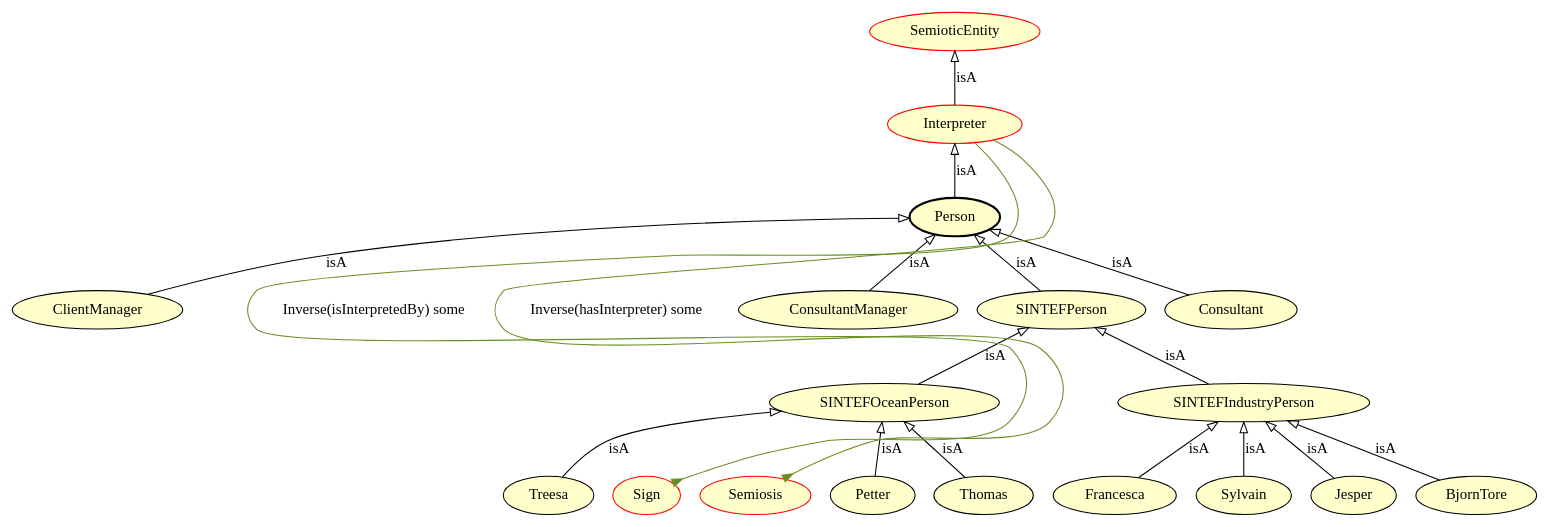
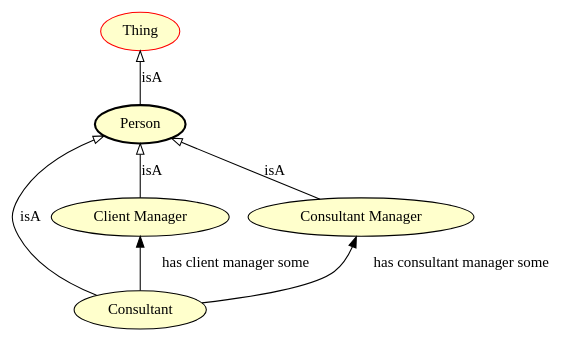
Before and after one commit to alexanderwiebe/owl-client-relationship: the diagram in notebooks/Digraph.gv, drawn with Graphviz. The commit also changed 5 other files, not shown here.

```diff
--- a/notebooks/Digraph.gv
+++ b/notebooks/Digraph.gv
@@ -1,38 +1,14 @@
 digraph {
 	graph [fontsize=8 rankdir=BT]
-	BjornTore [label=BjornTore URL="http://example.org/owl-client-relationship#EMMO_71f7ecb6-a711-5787-b5ec-d764eaed71e8" fillcolor="#ffffcc" style=filled]
-	Petter [label=Petter URL="http://example.org/owl-client-relationship#EMMO_f26059cd-fb61-537c-a625-2c8338367424" fillcolor="#ffffcc" style=filled]
-	Person [label=Person URL="http://example.org/owl-client-relationship#EMMO_3b652611-f435-5b44-88dd-9d3337e4e5a3" fillcolor="#ffffcc" penwidth=2 style=filled]
-	Thomas [label=Thomas URL="http://example.org/owl-client-relationship#EMMO_e9a892e3-4212-52b1-98da-b91c2a32c965" fillcolor="#ffffcc" style=filled]
-	Consultant [label=Consultant URL="http://example.org/owl-client-relationship#EMMO_4b473939-6d2a-5342-a4da-4218c05009cb" fillcolor="#ffffcc" style=filled]
-	SINTEFPerson [label=SINTEFPerson URL="http://example.org/owl-client-relationship#EMMO_7e775797-9967-5bee-9698-f87a965d118e" fillcolor="#ffffcc" style=filled]
-	Francesca [label=Francesca URL="http://example.org/owl-client-relationship#EMMO_39c5d034-c6b5-572c-9a79-4eb0e332e7fb" fillcolor="#ffffcc" style=filled]
-	ClientManager [label=ClientManager URL="http://example.org/owl-client-relationship#EMMO_0faf89e8-8210-5c7a-b85c-b2d51e896b76" fillcolor="#ffffcc" style=filled]
-	SINTEFIndustryPerson [label=SINTEFIndustryPerson URL="http://example.org/owl-client-relationship#EMMO_b36d2d3b-e9b0-5909-9a8d-40fd3a1efaa1" fillcolor="#ffffcc" style=filled]
-	Sylvain [label=Sylvain URL="http://example.org/owl-client-relationship#EMMO_dbca868b-e8ec-5b26-8929-e319db1c534f" fillcolor="#ffffcc" style=filled]
-	ConsultantManager [label=ConsultantManager URL="http://example.org/owl-client-relationship#EMMO_b9ee246e-f9d9-53e4-b71c-d433d4476f94" fillcolor="#ffffcc" style=filled]
-	Treesa [label=Treesa URL="http://example.org/owl-client-relationship#EMMO_a9817951-4720-5572-8941-ff9f85b0c4a1" fillcolor="#ffffcc" style=filled]
-	SINTEFOceanPerson [label=SINTEFOceanPerson URL="http://example.org/owl-client-relationship#EMMO_dcafb1c6-5b23-5850-a9e3-838e73b395e3" fillcolor="#ffffcc" style=filled]
-	Jesper [label=Jesper URL="http://example.org/owl-client-relationship#EMMO_a6ceba78-3a54-5288-a8c0-8bc377e8bc4c" fillcolor="#ffffcc" style=filled]
-	Treesa -> SINTEFOceanPerson [label=isA arrowhead=empty]
-	BjornTore -> SINTEFIndustryPerson [label=isA arrowhead=empty]
-	ConsultantManager -> Person [label=isA arrowhead=empty]
-	Thomas -> SINTEFOceanPerson [label=isA arrowhead=empty]
-	Jesper -> SINTEFIndustryPerson [label=isA arrowhead=empty]
-	SINTEFPerson -> Person [label=isA arrowhead=empty]
-	Interpreter [label=Interpreter URL="https://w3id.org/emmo#EMMO_0527413c_b286_4e9c_b2d0_03fb2a038dee" color=red fillcolor="#ffffcc" style=filled]
-	Person -> Interpreter [label=isA arrowhead=empty]
-	SINTEFIndustryPerson -> SINTEFPerson [label=isA arrowhead=empty]
-	Francesca -> SINTEFIndustryPerson [label=isA arrowhead=empty]
-	SINTEFOceanPerson -> SINTEFPerson [label=isA arrowhead=empty]
-	ClientManager -> Person [label=isA arrowhead=empty]
+	Consultant [label=Consultant URL="http://example.org/owl-client-relationship#Consultant" fillcolor="#ffffcc" style=filled]
+	Person [label=Person URL="http://example.org/owl-client-relationship#Person" fillcolor="#ffffcc" penwidth=2 style=filled]
+	"Client Manager" [label="Client Manager" URL="http://example.org/owl-client-relationship#ClientManager" fillcolor="#ffffcc" style=filled]
+	"Consultant Manager" [label="Consultant Manager" URL="http://example.org/owl-client-relationship#ConsultantManager" fillcolor="#ffffcc" style=filled]
+	"Client Manager" -> Person [label=isA arrowhead=empty]
 	Consultant -> Person [label=isA arrowhead=empty]
-	Sylvain -> SINTEFIndustryPerson [label=isA arrowhead=empty]
-	Petter -> SINTEFOceanPerson [label=isA arrowhead=empty]
-	SemioticEntity [label=SemioticEntity URL="https://w3id.org/emmo#EMMO_b803f122_4acb_4064_9d71_c1e5fd091fc9" color=red fillcolor="#ffffcc" style=filled]
-	Interpreter -> SemioticEntity [label=isA arrowhead=empty]
-	Sign [label=Sign URL="https://w3id.org/emmo#EMMO_b21a56ed_f969_4612_a6ec_cb7766f7f31d" color=red fillcolor="#ffffcc" style=filled]
-	Interpreter -> Sign [label="Inverse(isInterpretedBy) some" arrowhead=inv color=olivedrab constraint=false]
-	Semiosis [label=Semiosis URL="https://w3id.org/emmo#EMMO_008fd3b2_4013_451f_8827_52bceab11841" color=red fillcolor="#ffffcc" style=filled]
-	Interpreter -> Semiosis [label="Inverse(hasInterpreter) some" arrowhead=inv color=olivedrab constraint=false]
+	Consultant -> "Consultant Manager" [label="has consultant manager some"]
+	Consultant -> "Client Manager" [label="has client manager some"]
+	"Consultant Manager" -> Person [label=isA arrowhead=empty]
+	Thing [label=Thing URL="http://www.w3.org/2002/07/owl#Thing" color=red fillcolor="#ffffcc" style=filled]
+	Person -> Thing [label=isA arrowhead=empty]
 }
```
